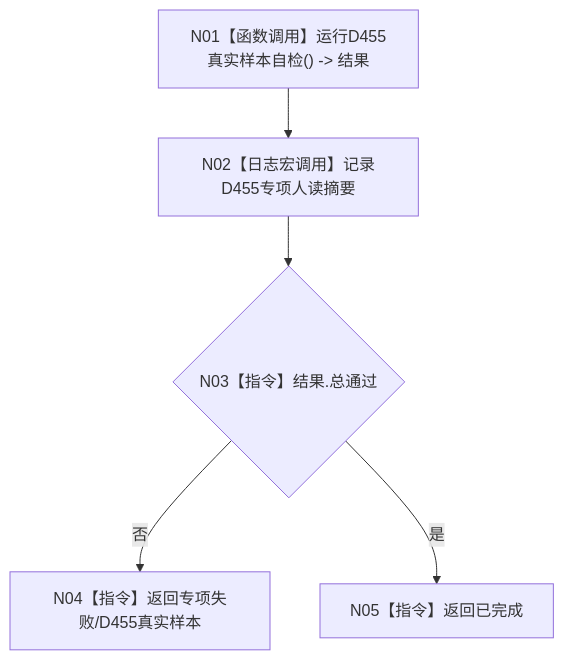
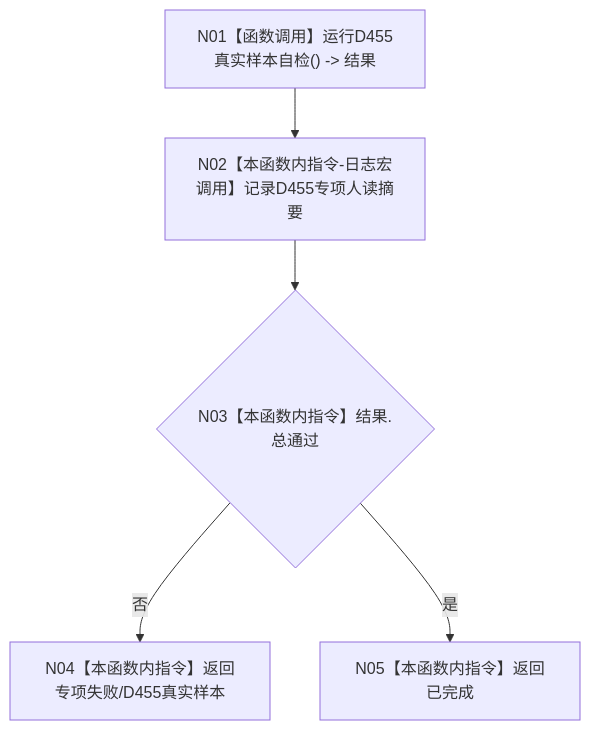
Before and after one commit to chunhaizh-cyber/HY-Ego: the diagram in 流程图/20260726_ENTRY-ONLY_F17_运行D455真实样本专项_施工流程图_v0.1.md, drawn with Mermaid. The commit also changed other lines of this file and 88 other files, not shown here.

````diff
--- a/流程图/20260726_ENTRY-ONLY_F17_运行D455真实样本专项_施工流程图_v0.1.md
+++ b/流程图/20260726_ENTRY-ONLY_F17_运行D455真实样本专项_施工流程图_v0.1.md
@@ -8,7 +28,7 @@
 ```mermaid
 flowchart TD
-    N01["N01【函数调用】运行D455真实样本自检() -> 结果"] --> N02["N02【日志宏调用】记录D455专项人读摘要"]
-    N02 --> N03{"N03【指令】结果.总通过"}
-    N03 -- "否" --> N04["N04【指令】返回专项失败/D455真实样本"]
-    N03 -- "是" --> N05["N05【指令】返回已完成"]
+    N01["N01【函数调用】运行D455真实样本自检() -> 结果"] --> N02["N02【本函数内指令-日志宏调用】记录D455专项人读摘要"]
+    N02 --> N03{"N03【本函数内指令】结果.总通过"}
+    N03 -- "否" --> N04["N04【本函数内指令】返回专项失败/D455真实样本"]
+    N03 -- "是" --> N05["N05【本函数内指令】返回已完成"]
 ```
````
